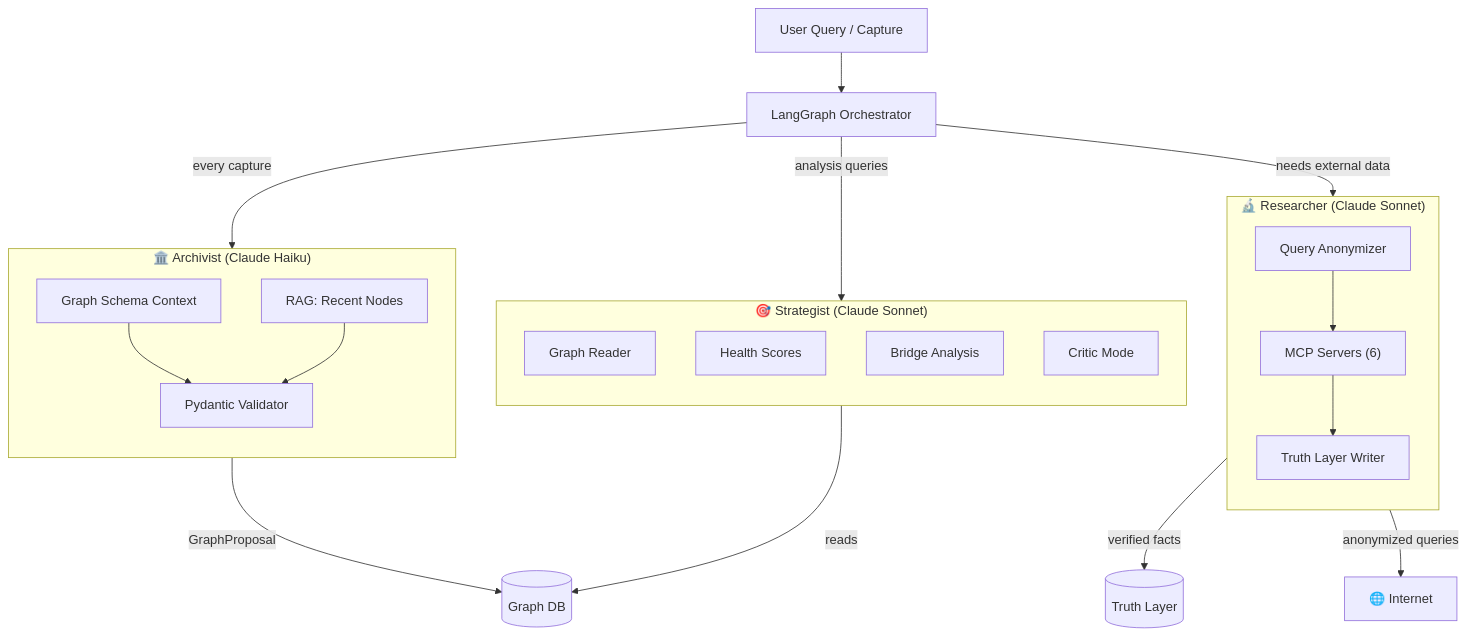
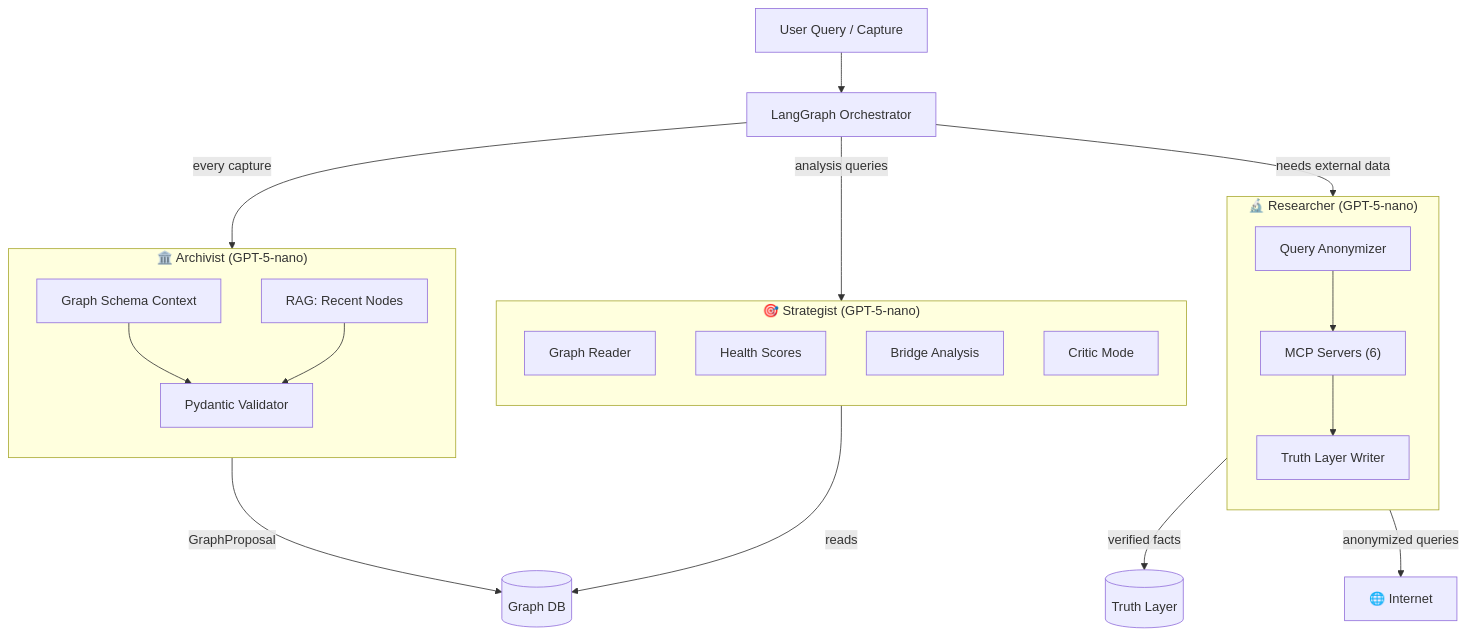
One commit to dorycui007/Memora changed the fourth of 10 diagrams in ARCHITECTURE.md. Above: the diagram before and after it, drawn with Mermaid. The commit also changed other lines of this file and 1 other file, not shown here.

Commit message:
Update architecture and lecture documentation

````diff
--- a/ARCHITECTURE.md
+++ b/ARCHITECTURE.md
@@ -818,41 +805,41 @@
 ```mermaid
 flowchart TB
     Input["User Query / Capture"]
     Orch["LangGraph Orchestrator"]
 
     Input --> Orch
 
     Orch -->|"every capture"| Arch
     Orch -->|"analysis queries"| Strat
     Orch -->|"needs external data"| Res
 
-    subgraph Arch["🏛️ Archivist (Claude Haiku)"]
+    subgraph Arch["🏛️ Archivist (GPT-5-nano)"]
         direction TB
         A1["Graph Schema Context"]
         A2["RAG: Recent Nodes"]
         A3["Pydantic Validator"]
         A1 --> A3
         A2 --> A3
     end
 
-    subgraph Strat["🎯 Strategist (Claude Sonnet)"]
+    subgraph Strat["🎯 Strategist (GPT-5-nano)"]
         direction TB
         S1["Graph Reader"]
         S2["Health Scores"]
         S3["Bridge Analysis"]
         S4["Critic Mode"]
     end
 
-    subgraph Res["🔬 Researcher (Claude Sonnet)"]
+    subgraph Res["🔬 Researcher (GPT-5-nano)"]
         direction TB
         R1["Query Anonymizer"]
         R2["MCP Servers (6)"]
         R3["Truth Layer Writer"]
         R1 --> R2 --> R3
     end
 
     Arch -->|"GraphProposal"| GraphDB[("Graph DB")]
     Strat -->|"reads"| GraphDB
     Res -->|"verified facts"| TL[("Truth Layer")]
     Res -->|"anonymized queries"| Web["🌐 Internet"]
 ```
````
